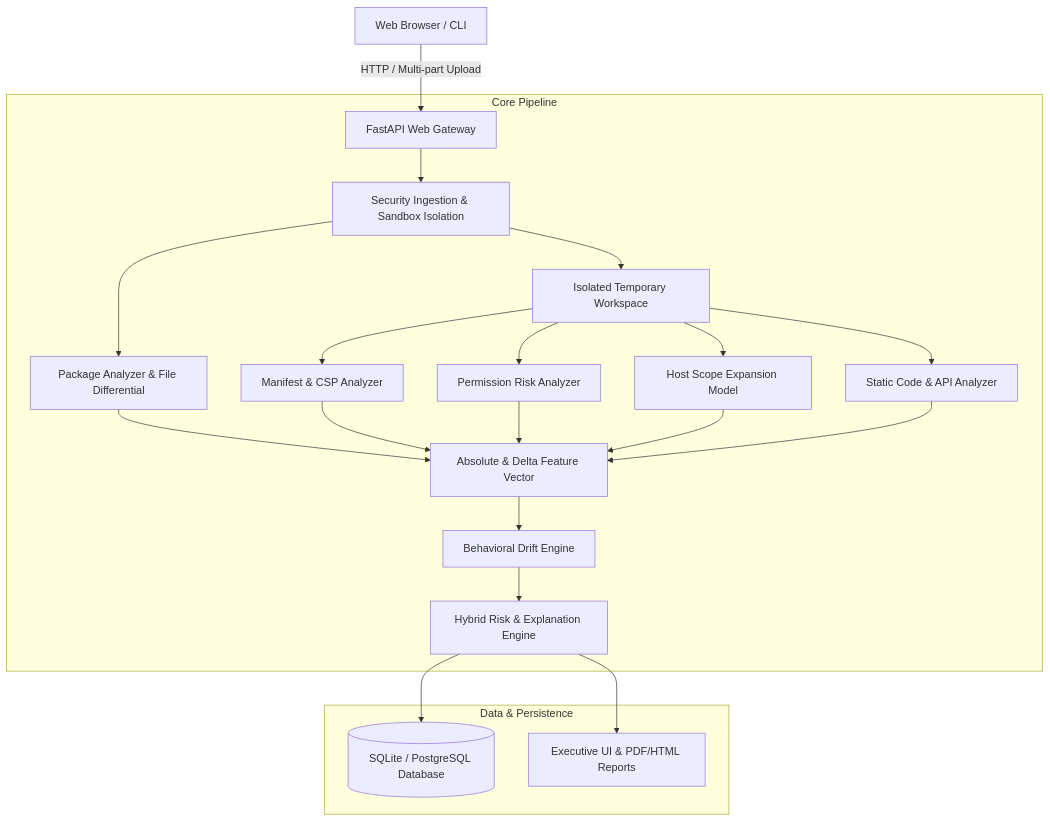
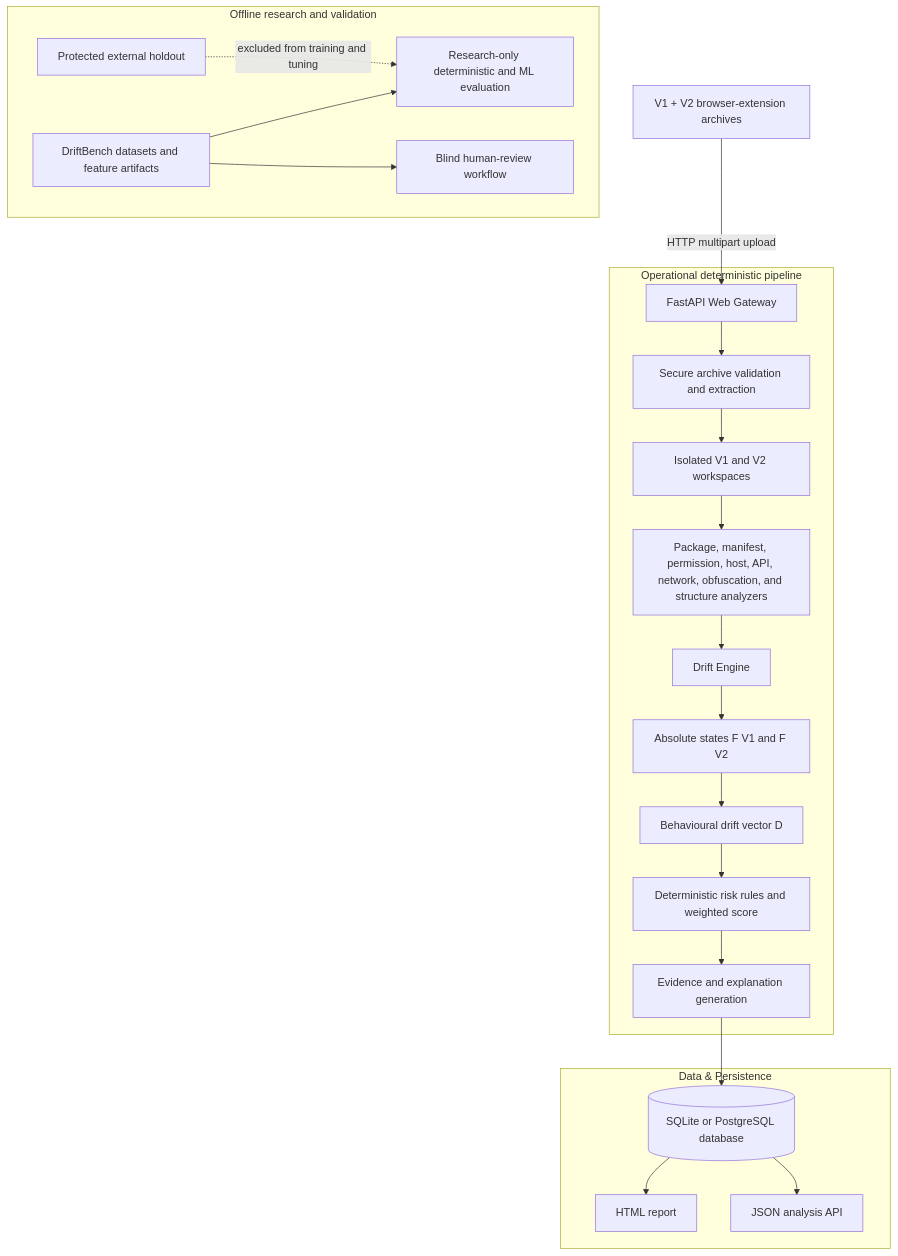
The diagram in ARCHITECTURE.md (tasnim-n/DriftWatch), drawn with Mermaid before and after one commit. The commit also changed other lines of this file and 13 other files, not shown here.

````diff
--- a/ARCHITECTURE.md
+++ b/ARCHITECTURE.md
@@ -5,29 +5,28 @@
 ```mermaid
 graph TD
-    Client[Web Browser / CLI] -->|HTTP / Multi-part Upload| API[FastAPI Web Gateway]
-    
-    subgraph Core Pipeline
-        API --> Security[Security Ingestion & Sandbox Isolation]
-        Security --> PackageAnalyzer[Package Analyzer & File Differential]
-        Security --> UnpackedTemp[Isolated Temporary Workspace]
-        
-        UnpackedTemp --> ManifestAnalyzer[Manifest & CSP Analyzer]
-        UnpackedTemp --> PermissionAnalyzer[Permission Risk Analyzer]
-        UnpackedTemp --> HostScopeAnalyzer[Host Scope Expansion Model]
-        UnpackedTemp --> CodeAnalyzer[Static Code & API Analyzer]
-        
-        ManifestAnalyzer --> FeatureVector[Absolute & Delta Feature Vector]
-        PermissionAnalyzer --> FeatureVector
-        HostScopeAnalyzer --> FeatureVector
-        PackageAnalyzer --> FeatureVector
-        CodeAnalyzer --> FeatureVector
-        
-        FeatureVector --> DriftEngine[Behavioral Drift Engine]
-        DriftEngine --> RiskEngine[Hybrid Risk & Explanation Engine]
+    Client[V1 + V2 browser-extension archives] -->|HTTP multipart upload| API[FastAPI Web Gateway]
+
+    subgraph Operational deterministic pipeline
+        API --> Security[Secure archive validation and extraction]
+        Security --> Workspaces[Isolated V1 and V2 workspaces]
+        Workspaces --> Analyzers[Package, manifest, permission, host, API, network, obfuscation, and structure analyzers]
+        Analyzers --> DriftEngine[Drift Engine]
+        DriftEngine --> VersionFeatures[Absolute states F V1 and F V2]
+        VersionFeatures --> Differential[Behavioural drift vector D]
+        Differential --> RiskEngine[Deterministic risk rules and weighted score]
+        RiskEngine --> Explanation[Evidence and explanation generation]
     end
-    
+
     subgraph Data & Persistence
-        RiskEngine --> DB[(SQLite / PostgreSQL Database)]
-        RiskEngine --> UI[Executive UI & PDF/HTML Reports]
+        Explanation --> DB[(SQLite or PostgreSQL database)]
+        DB --> HTML[HTML report]
+        DB --> JSON[JSON analysis API]
     end
+
+    subgraph Offline research and validation
+        DriftBench[DriftBench datasets and feature artifacts] --> Evaluation[Research-only deterministic and ML evaluation]
+        DriftBench --> HumanReview[Blind human-review workflow]
+        Holdout[Protected external holdout] -. excluded from training and tuning .-> Evaluation
+    end
+
 ```
````
